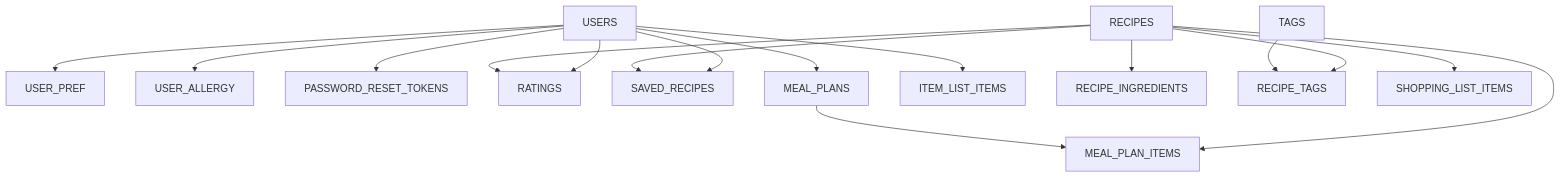
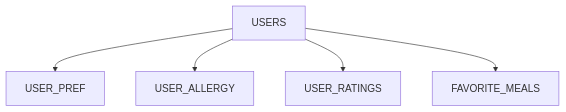
One commit to Tejas1305/13_Tejas.D-diet-recommender changed the diagram in docs/database_schema.md. Above: the diagram before and after it, drawn with Mermaid. The commit also changed other lines of this file and 10 other files, not shown here.

````diff
--- a/docs/database_schema.md
+++ b/docs/database_schema.md
@@ -9,20 +9,7 @@
 ```mermaid
 graph TD
     USERS --> USER_PREF
     USERS --> USER_ALLERGY
-    USERS --> PASSWORD_RESET_TOKENS
-    USERS --> RATINGS
-    USERS --> SAVED_RECIPES
-    USERS --> MEAL_PLANS
-    USERS --> ITEM_LIST_ITEMS
-
-    RECIPES --> RECIPE_INGREDIENTS
-    RECIPES --> RECIPE_TAGS
-    TAGS --> RECIPE_TAGS
-
-    RECIPES --> RATINGS
-    RECIPES --> SAVED_RECIPES
-    RECIPES --> MEAL_PLAN_ITEMS
-    RECIPES --> SHOPPING_LIST_ITEMS
-    MEAL_PLANS --> MEAL_PLAN_ITEMS
+    USERS --> USER_RATINGS
+    USERS --> FAVORITE_MEALS
 ```
````
